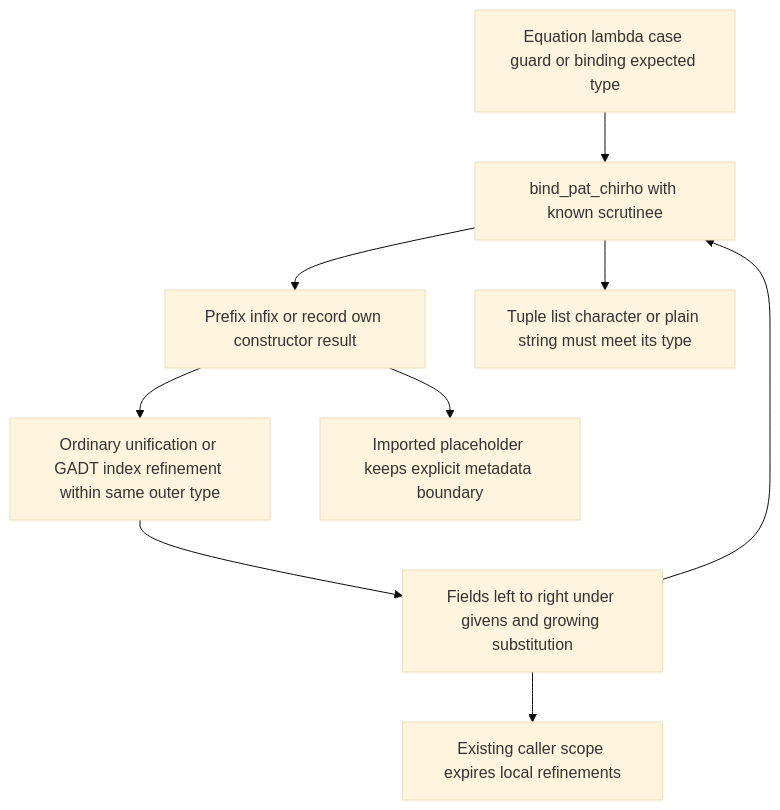
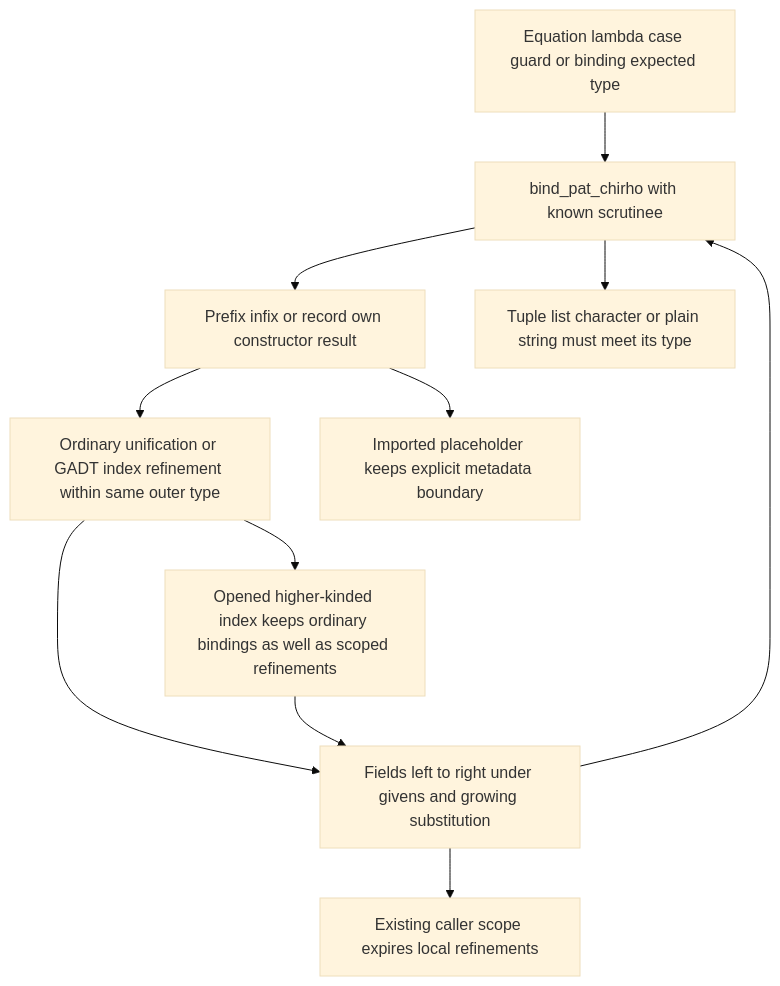
One commit to loveJesus/haskelujah-chirho changed the second of 4 diagrams in spec-chirho/workflows-chirho/language-features-chirho/pattern-matching-chirho.md. Above: the diagram before and after it, drawn with Mermaid (base theme). The commit also changed other lines of this file and 3 other files, not shown here.

First line of the commit message:
test(typing): cover higher-kinded GADT residual bindings

````diff
--- a/spec-chirho/workflows-chirho/language-features-chirho/pattern-matching-chirho.md
+++ b/spec-chirho/workflows-chirho/language-features-chirho/pattern-matching-chirho.md
@@ -109,11 +120,13 @@
 ```mermaid
 flowchart TD
     known_source_chirho[Equation lambda case guard or binding expected type] --> known_pattern_chirho[bind_pat_chirho with known scrutinee]
     known_pattern_chirho --> known_constructor_chirho[Prefix infix or record own constructor result]
     known_constructor_chirho --> known_outer_chirho[Ordinary unification or GADT index refinement within same outer type]
     known_outer_chirho --> known_fields_chirho[Fields left to right under givens and growing substitution]
+    known_outer_chirho --> known_residual_chirho[Opened higher-kinded index keeps ordinary bindings as well as scoped refinements]
+    known_residual_chirho --> known_fields_chirho
     known_fields_chirho --> known_pattern_chirho
     known_pattern_chirho --> known_shape_chirho[Tuple list character or plain string must meet its type]
     known_constructor_chirho --> known_opaque_chirho[Imported placeholder keeps explicit metadata boundary]
     known_fields_chirho --> known_scope_chirho[Existing caller scope expires local refinements]
 ```
````
